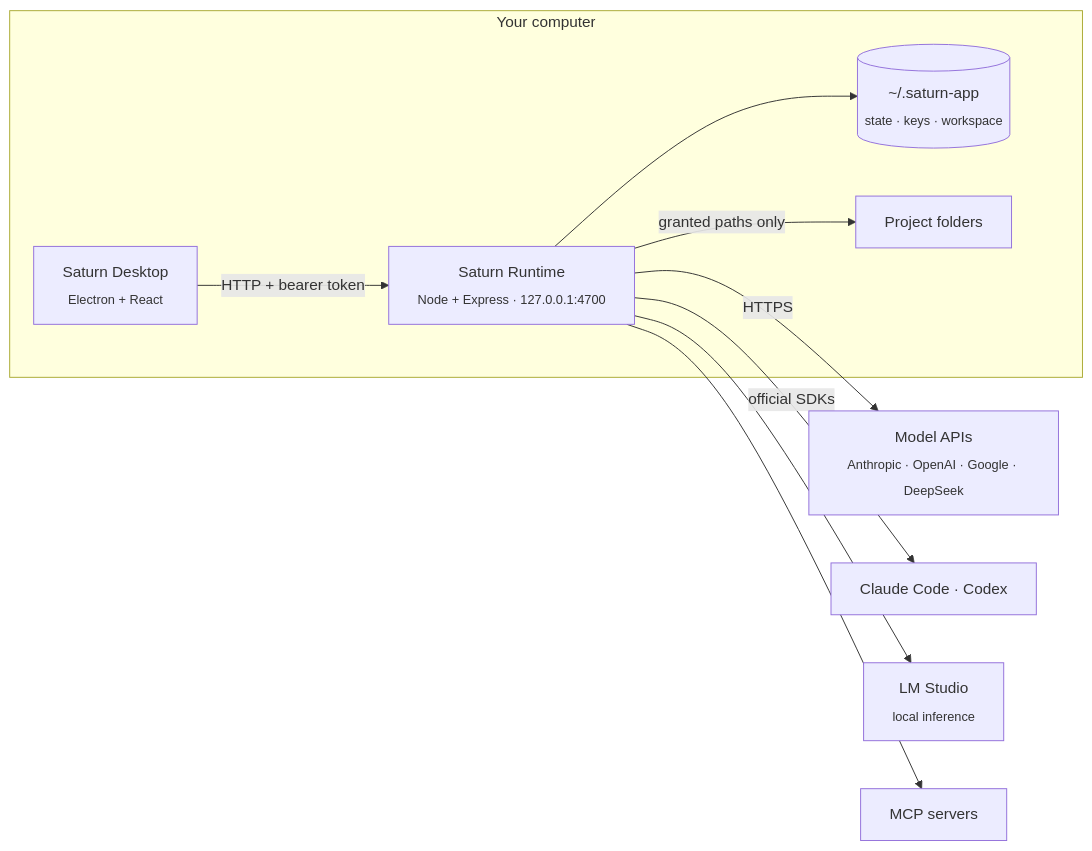
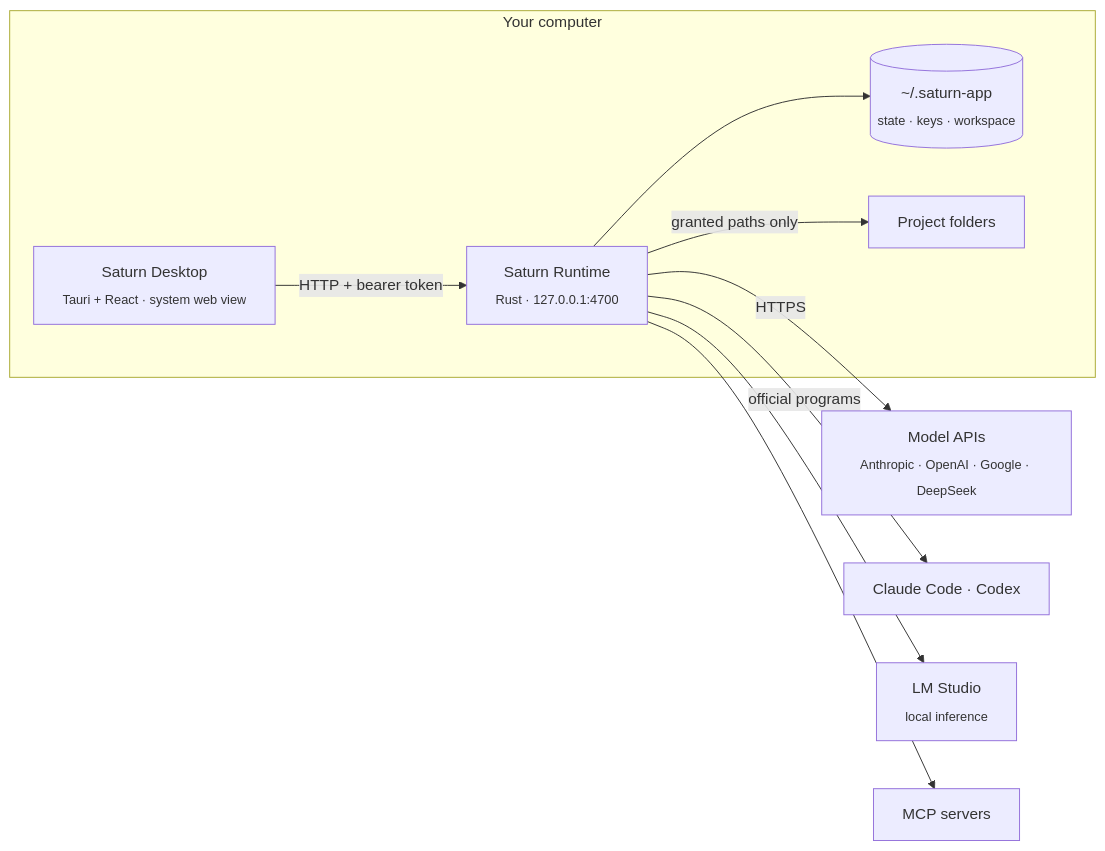
One commit to Saturn-Technology-Project/Saturn-App changed the diagram in README.md. Above: the diagram before and after it, drawn with Mermaid. The commit also changed other lines of this file and 14 other files, not shown here.

Commit message:
Docs: what Saturn runs on and promises, checked against the Rust runtime and the Tauri shell

````diff
--- a/README.md
+++ b/README.md
@@ -132,16 +136,16 @@
 ```mermaid
 flowchart LR
   subgraph Machine["Your computer"]
-    D["Saturn Desktop<br/><sub>Electron + React</sub>"]
-    R["Saturn Runtime<br/><sub>Node + Express · 127.0.0.1:4700</sub>"]
+    D["Saturn Desktop<br/><sub>Tauri + React · system web view</sub>"]
+    R["Saturn Runtime<br/><sub>Rust · 127.0.0.1:4700</sub>"]
     S[("~/.saturn-app<br/><sub>state · keys · workspace</sub>")]
     P["Project folders"]
     D -- "HTTP + bearer token" --> R
     R --> S
     R -- "granted paths only" --> P
   end
   R -- "HTTPS" --> M["Model APIs<br/><sub>Anthropic · OpenAI · Google · DeepSeek</sub>"]
-  R -- "official SDKs" --> C["Claude Code · Codex"]
+  R -- "official programs" --> C["Claude Code · Codex"]
   R --> L["LM Studio<br/><sub>local inference</sub>"]
   R --> X["MCP servers"]
 ```
````
